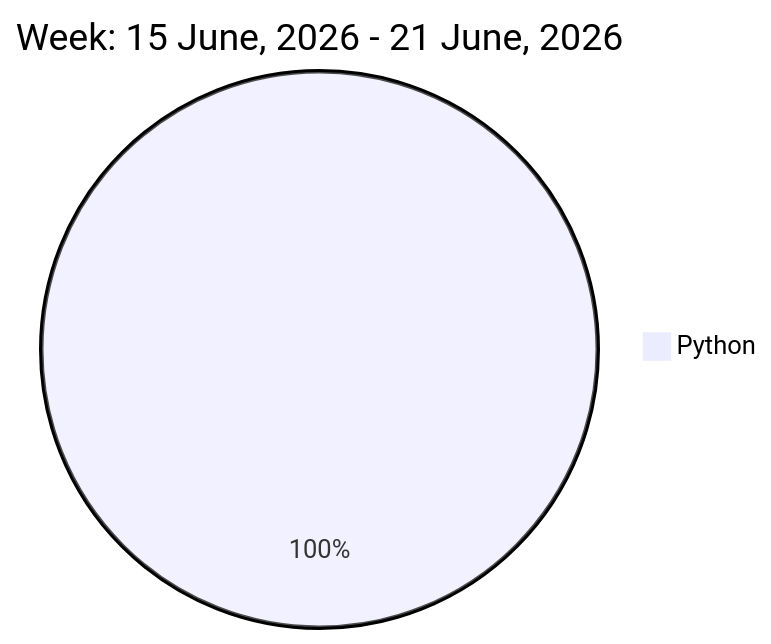
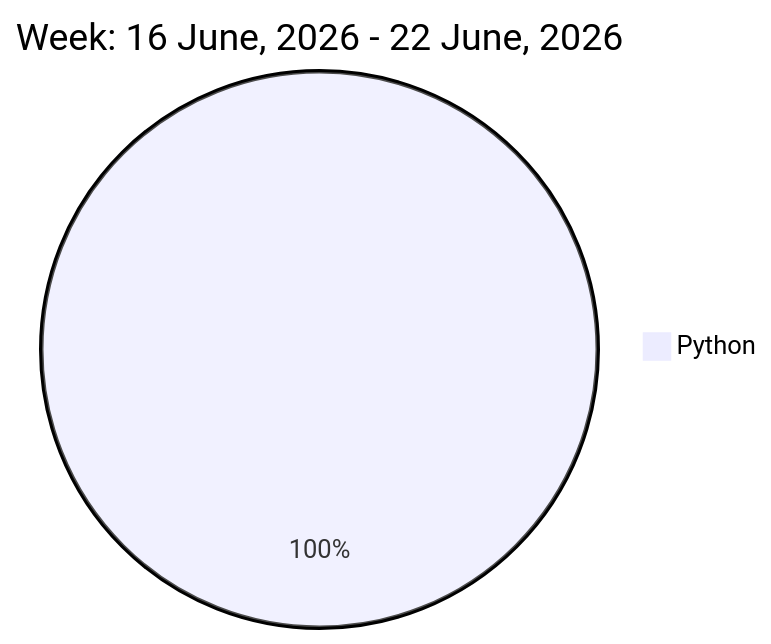
One commit to liubin95/liubin95 changed the diagram in README.md. Above: the diagram before and after it, drawn with Mermaid.

Commit message:
Updated the Graph with new Metrics

````diff
--- a/README.md
+++ b/README.md
@@ -32,5 +32,5 @@
 ```mermaid
  pie
-title Week: 15 June, 2026 - 21 June, 2026
- "Python" : 11.17
+title Week: 16 June, 2026 - 22 June, 2026
+ "Python" : 9.92
 ```
````
